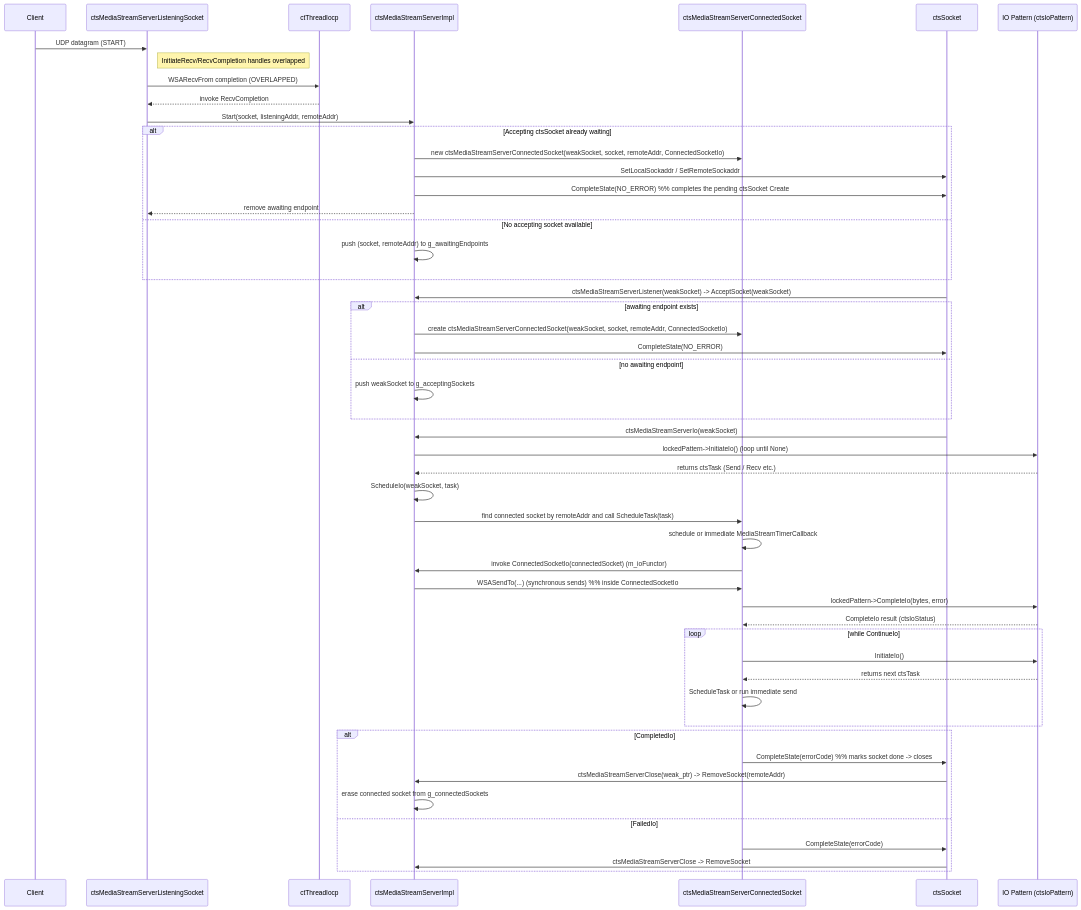
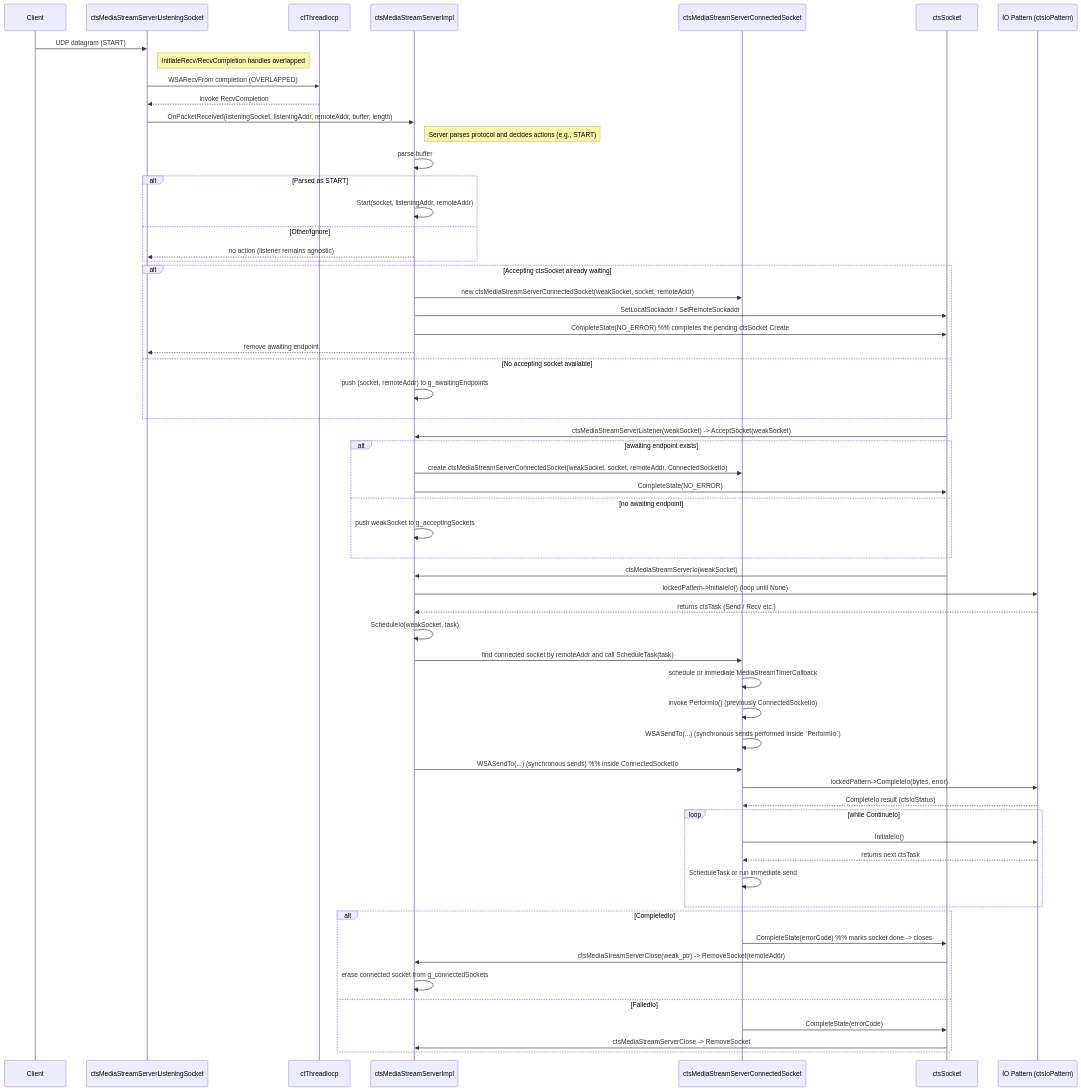
The diagram in docs/ctsMediaStream_interactions.md (Alan-Jowett/ctsTraffic), drawn with Mermaid before and after one commit. The commit also changed other lines of this file and 3 other files, not shown here.

````diff
--- a/docs/ctsMediaStream_interactions.md
+++ b/docs/ctsMediaStream_interactions.md
@@ -8,66 +8,76 @@
 ```mermaid
 sequenceDiagram
     participant Client
     participant Listener as ctsMediaStreamServerListeningSocket
     participant IOCP as ctThreadIocp
     participant Server as ctsMediaStreamServerImpl
     participant Connected as ctsMediaStreamServerConnectedSocket
     participant ctsSocket as ctsSocket
     participant Pattern as IO Pattern (ctsIoPattern)
 
     %% Client -> Listening socket
     Client->>Listener: UDP datagram (START)
     Note right of Listener: InitiateRecv/RecvCompletion handles overlapped
     Listener->>IOCP: WSARecvFrom completion (OVERLAPPED)
     IOCP-->>Listener: invoke RecvCompletion
 
-    %% ListeningSocket notifies server impl of START
-    Listener->>Server: Start(socket, listeningAddr, remoteAddr)
+    %% ListeningSocket forwards raw packet to server (listener is protocol-agnostic)
+    Listener->>Server: OnPacketReceived(listeningSocket, listeningAddr, remoteAddr, buffer, length)
+    Note right of Server: Server parses protocol and decides actions (e.g., START)
+
+    %% Server parsing -> decide action
+    Server->>Server: parse buffer
+    alt Parsed as START
+      Server->>Server: Start(socket, listeningAddr, remoteAddr)
+    else Other/Ignore
+      Server-->>Listener: no action (listener remains agnostic)
+    end
 
     alt Accepting ctsSocket already waiting
-        Server->>Connected: new ctsMediaStreamServerConnectedSocket(weakSocket, socket, remoteAddr, ConnectedSocketIo)
+      Server->>Connected: new ctsMediaStreamServerConnectedSocket(weakSocket, socket, remoteAddr)
         Server->>ctsSocket: SetLocalSockaddr / SetRemoteSockaddr
         Server->>ctsSocket: CompleteState(NO_ERROR)  %% completes the pending ctsSocket Create
         Server-->>Listener: remove awaiting endpoint
     else No accepting socket available
         Server->>Server: push (socket, remoteAddr) to g_awaitingEndpoints
     end
 
     %% ctsSocket actively asks to accept later
     ctsSocket->>Server: ctsMediaStreamServerListener(weakSocket) -> AcceptSocket(weakSocket)
     alt awaiting endpoint exists
         Server->>Connected: create ctsMediaStreamServerConnectedSocket(weakSocket, socket, remoteAddr, ConnectedSocketIo)
         Server->>ctsSocket: CompleteState(NO_ERROR)
     else no awaiting endpoint
         Server->>Server: push weakSocket to g_acceptingSockets
     end
 
     %% IO scheduling from ctsSocket / IO pattern
     ctsSocket->>Server: ctsMediaStreamServerIo(weakSocket)
     Server->>Pattern: lockedPattern->InitiateIo()  (loop until None)
     Pattern-->>Server: returns ctsTask (Send / Recv etc.)
     Server->>Server: ScheduleIo(weakSocket, task)
     Server->>Connected: find connected socket by remoteAddr and call ScheduleTask(task)
 
     Connected->>Connected: schedule or immediate MediaStreamTimerCallback
-    Connected->>Server: invoke ConnectedSocketIo(connectedSocket) (m_ioFunctor)
+      Connected->>Connected: invoke PerformIo() (previously ConnectedSocketIo)
+      Connected->>Connected: WSASendTo(...) (synchronous sends performed inside `PerformIo`)
     Server->>Connected: WSASendTo(...) (synchronous sends)  %% inside ConnectedSocketIo
 
     Connected->>Pattern: lockedPattern->CompleteIo(bytes, error)
     Pattern-->>Connected: CompleteIo result (ctsIoStatus)
     loop while ContinueIo
         Connected->>Pattern: InitiateIo()
         Pattern-->>Connected: returns next ctsTask
         Connected->>Connected: ScheduleTask or run immediate send
     end
 
     alt CompletedIo
         Connected->>ctsSocket: CompleteState(errorCode)  %% marks socket done -> closes
         ctsSocket->>Server: ctsMediaStreamServerClose(weak_ptr) -> RemoveSocket(remoteAddr)
         Server->>Server: erase connected socket from g_connectedSockets
     else FailedIo
         Connected->>ctsSocket: CompleteState(errorCode)
         ctsSocket->>Server: ctsMediaStreamServerClose -> RemoveSocket
     end
 
 ```
````
